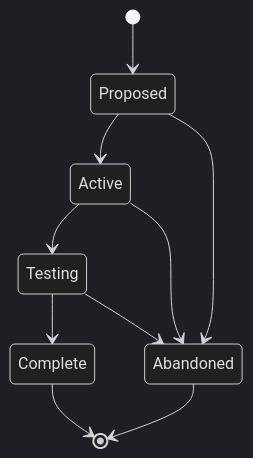
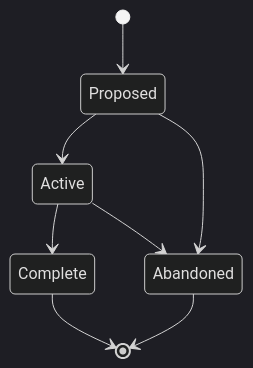
One commit to cristoslc/202602-workstation changed the diagram in .agents/skills/swain-design/references/epic-definition.md. Above: the diagram before and after it, drawn with Mermaid (dark theme). The commit also changed other lines of this file and 139 other files, not shown here.

````diff
--- a/.agents/skills/swain-design/references/epic-definition.md
+++ b/.agents/skills/swain-design/references/epic-definition.md
@@ -5,12 +7,10 @@
 ```mermaid
 stateDiagram-v2
     [*] --> Proposed
     Proposed --> Active
-    Active --> Testing
-    Testing --> Complete
+    Active --> Complete
     Complete --> [*]
     Proposed --> Abandoned
     Active --> Abandoned
-    Testing --> Abandoned
     Abandoned --> [*]
 ```
````
